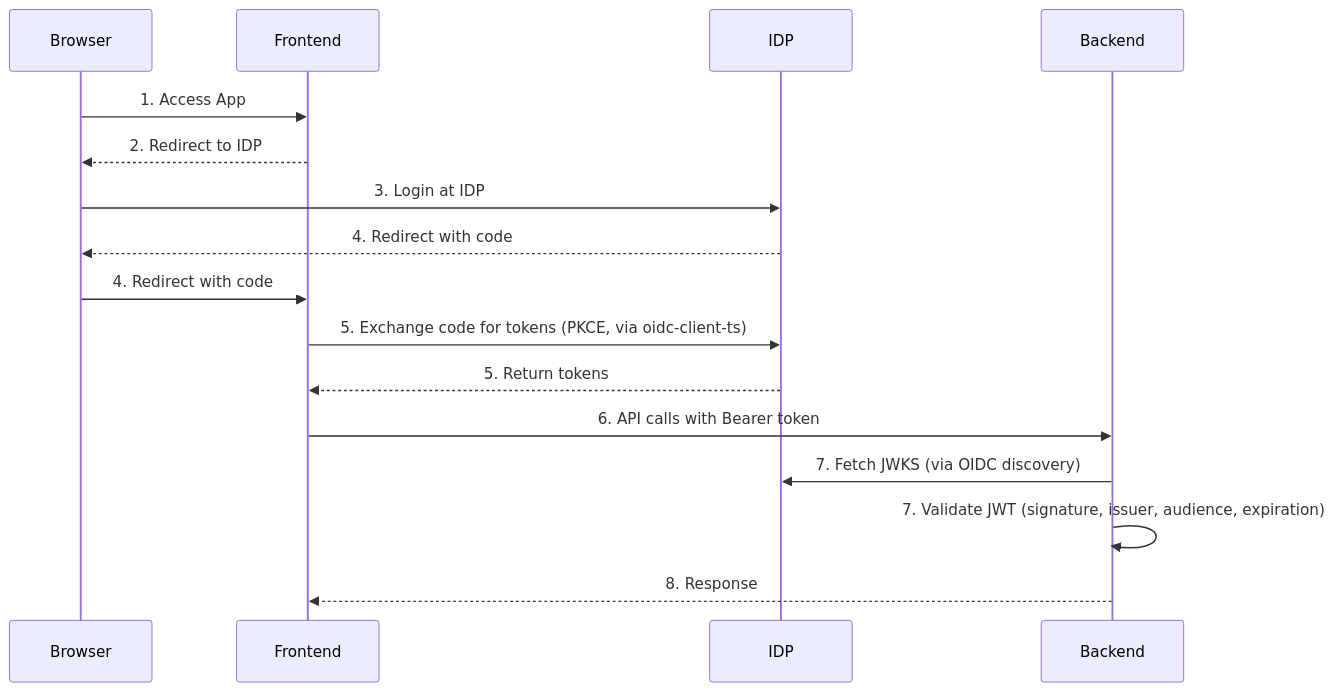
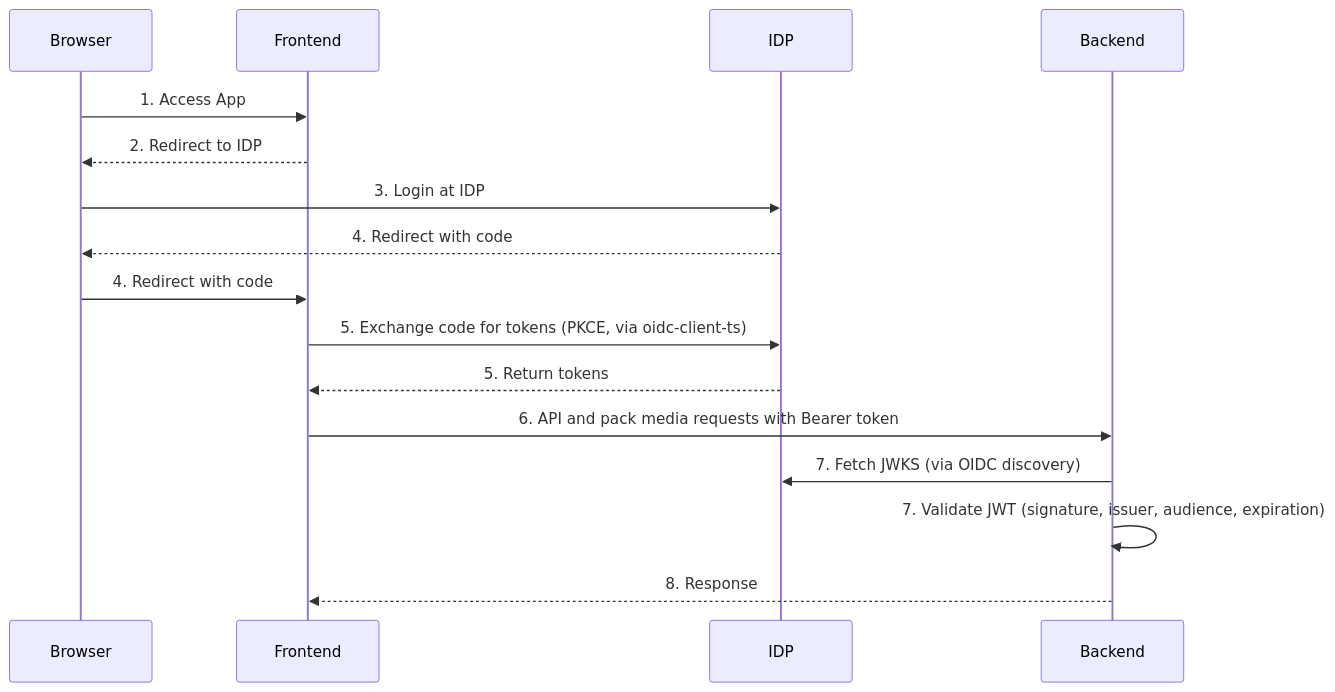
One commit to ghmer/rego-adventure changed the diagram in AUTHENTICATION.md. Above: the diagram before and after it, drawn with Mermaid. The commit also changed other lines of this file and 27 other files, not shown here.

First line of the commit message:
Default-deny endpoint gating and authenticated pack media (#130)

````diff
--- a/AUTHENTICATION.md
+++ b/AUTHENTICATION.md
@@ -20,19 +20,19 @@
 ```mermaid
 sequenceDiagram
     participant B as Browser
     participant F as Frontend
     participant I as IDP
     participant Be as Backend
 
     B->>F: 1. Access App
     F-->>B: 2. Redirect to IDP
     B->>I: 3. Login at IDP
     I-->>B: 4. Redirect with code
     B->>F: 4. Redirect with code
     F->>I: 5. Exchange code for tokens (PKCE, via oidc-client-ts)
     I-->>F: 5. Return tokens
-    F->>Be: 6. API calls with Bearer token
+    F->>Be: 6. API and pack media requests with Bearer token
     Be->>I: 7. Fetch JWKS (via OIDC discovery)
     Be->>Be: 7. Validate JWT (signature, issuer, audience, expiration)
     Be-->>F: 8. Response
 ```
````
